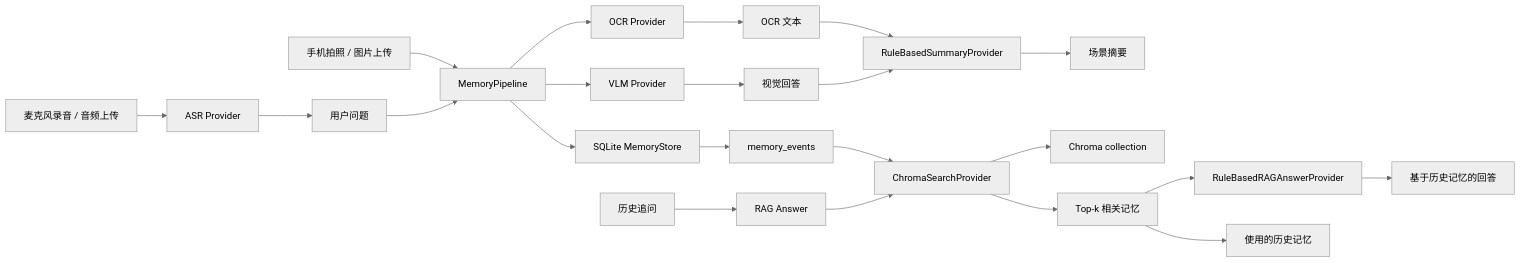
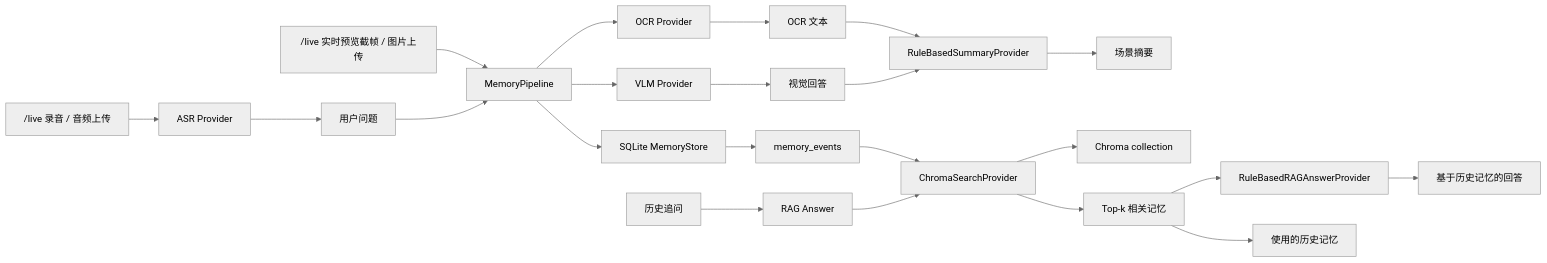
Before and after one commit to bashirmusamagaji19-debug/Arglasses: the diagram in docs/architecture/system-architecture.md, drawn with Mermaid (neutral theme). The commit also changed other lines of this file and 10 other files, not shown here.

````diff
--- a/docs/architecture/system-architecture.md
+++ b/docs/architecture/system-architecture.md
@@ -15,24 +15,24 @@
 ```mermaid
 flowchart LR
-    A["手机拍照 / 图片上传"] --> B["MemoryPipeline"]
+    A["/live 实时预览截帧 / 图片上传"] --> B["MemoryPipeline"]
     C["用户问题"] --> B
-    T["麦克风录音 / 音频上传"] --> U["ASR Provider"]
+    T["/live 录音 / 音频上传"] --> U["ASR Provider"]
     U --> C
     B --> D["OCR Provider"]
     B --> E["VLM Provider"]
     D --> F["OCR 文本"]
     E --> G["视觉回答"]
     F --> H["RuleBasedSummaryProvider"]
     G --> H
     H --> I["场景摘要"]
     B --> J["SQLite MemoryStore"]
     J --> K["memory_events"]
     K --> L["ChromaSearchProvider"]
     L --> M["Chroma collection"]
     N["历史追问"] --> O["RAG Answer"]
     O --> L
     L --> P["Top-k 相关记忆"]
     P --> Q["RuleBasedRAGAnswerProvider"]
     Q --> R["基于历史记忆的回答"]
     P --> S["使用的历史记忆"]
 ```
````
